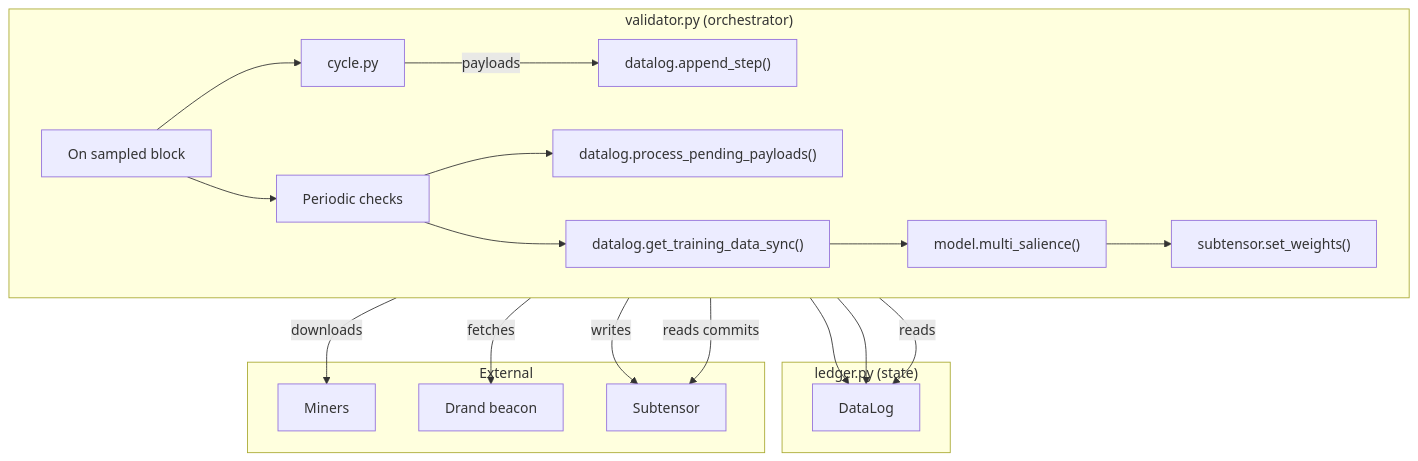
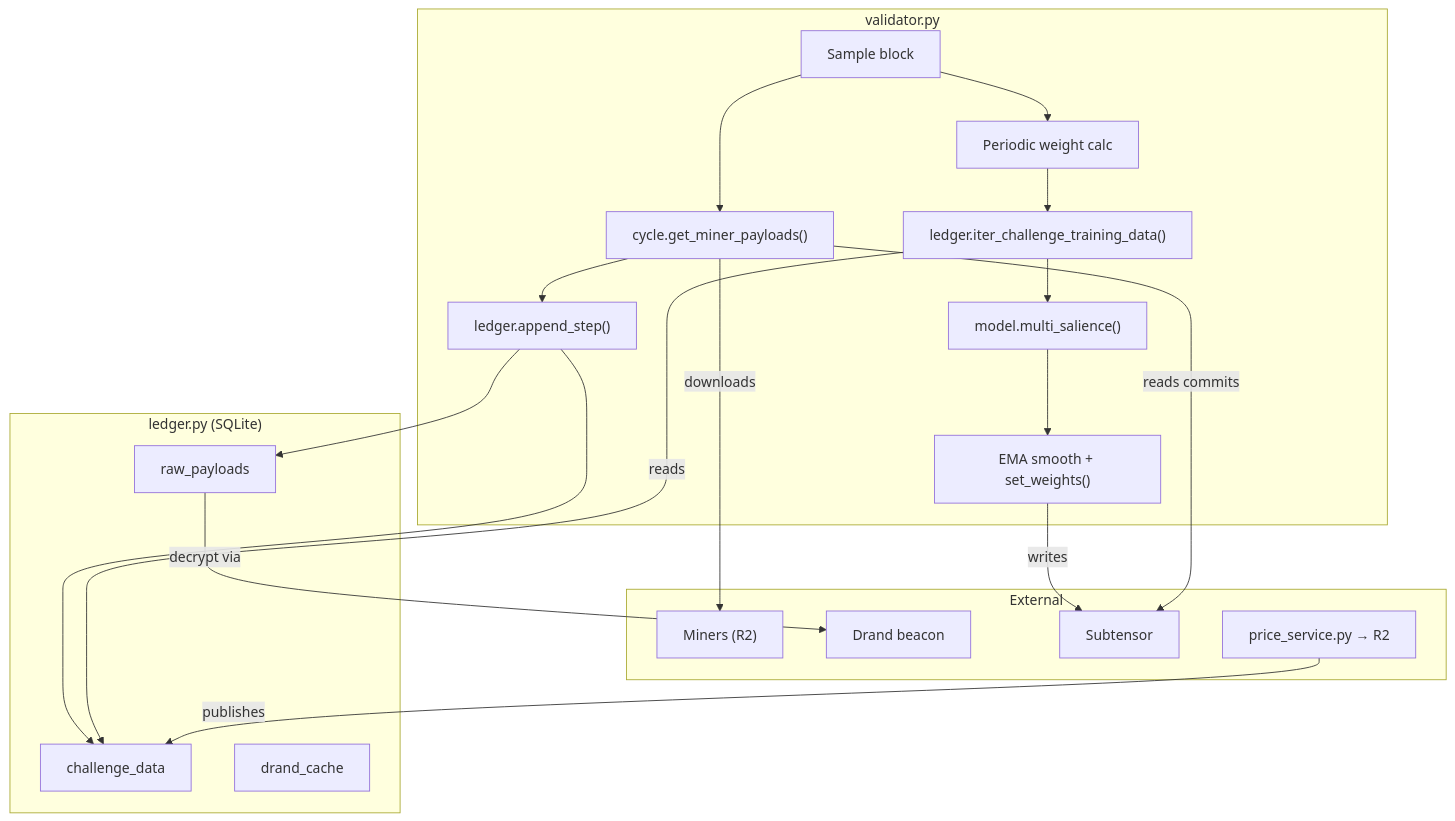
Before and after one commit to Barbariandev/MANTIS: the diagram in README.md, drawn with Mermaid. The commit also changed other lines of this file, not shown here.

````diff
--- a/README.md
+++ b/README.md
@@ -9,31 +11,33 @@
 ```mermaid
 graph TD
-    subgraph "validator.py (orchestrator)"
-        direction LR
-        A[On sampled block] --> B[cycle.py];
-        B -->|payloads| C["datalog.append_step()"];
-        A --> D[Periodic checks];
-        D --> E["datalog.process_pending_payloads()"];
-        D --> F["datalog.get_training_data_sync()"]; 
-        F --> G["model.multi_salience()"]; 
-        G --> H["subtensor.set_weights()"];
+    subgraph validator["validator.py"]
+        A["Sample block"] --> B["cycle.get_miner_payloads()"]
+        B --> C["ledger.append_step()"]
+        A --> D["Periodic weight calc"]
+        D --> E["ledger.iter_challenge_training_data()"]
+        E --> F["model.multi_salience()"]
+        F --> G["EMA smooth + set_weights()"]
     end
 
-    subgraph "ledger.py (state)"
-        I[DataLog]
+    subgraph ledger["ledger.py (SQLite)"]
+        H["challenge_data"]
+        I["raw_payloads"]
+        J["drand_cache"]
     end
 
-    subgraph "External"
-        J[Miners]
-        K[Drand beacon]
-        L[Subtensor]
+    subgraph external["External"]
+        K["Miners (R2)"]
+        L["Drand beacon"]
+        M["Subtensor"]
+        N["price_service.py → R2"]
     end
 
-    C --> I;
-    E --> I;
-    F -- reads --> I;
-    B -- downloads --> J;
-    E -- fetches --> K;
-    H -- writes --> L;
-    B -- reads commits --> L;
+    C --> H
+    C --> I
+    E -- reads --> H
+    B -- downloads --> K
+    I -- decrypt via --> L
+    G -- writes --> M
+    B -- reads commits --> M
+    N -- publishes --> H
 ```
````
